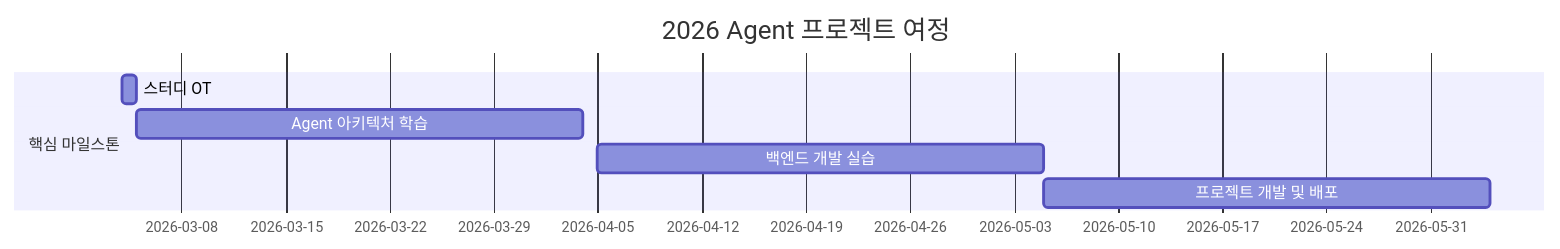
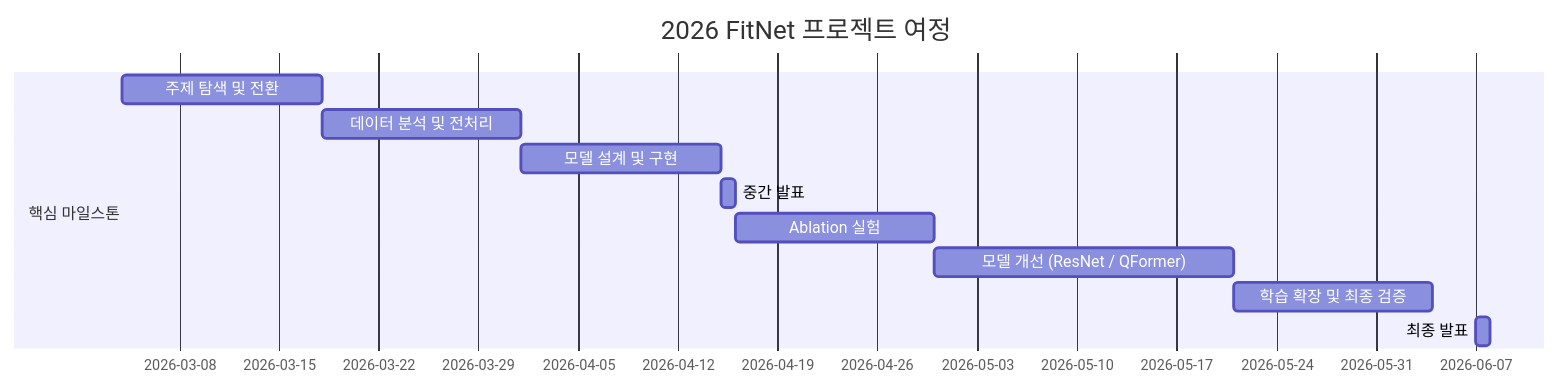
Before and after one commit to hyeonky0w0/AI-Application: the diagram in README.md, drawn with Mermaid. The commit also changed other lines of this file, not shown here.

````diff
--- a/README.md
+++ b/README.md
@@ -65,9 +70,13 @@
 ```mermaid
 gantt
-    title 2026 Agent 프로젝트 여정
+    title 2026 FitNet 프로젝트 여정
     section 핵심 마일스톤
-    스터디 OT       :2026-03-04, 1d
-    Agent 아키텍처 학습       :2026-03-05, 30d
-    백엔드 개발 실습        :2026-04-05, 30d
-    프로젝트 개발 및 배포   :2026-05-05, 30d
+    주제 탐색 및 전환          :2026-03-04, 14d
+    데이터 분석 및 전처리      :2026-03-18, 14d
+    모델 설계 및 구현          :2026-04-01, 14d
+    중간 발표                  :2026-04-15, 1d
+    Ablation 실험              :2026-04-16, 14d
+    모델 개선 (ResNet / QFormer) :2026-04-30, 21d
+    학습 확장 및 최종 검증     :2026-05-21, 14d
+    최종 발표                  :2026-06-07, 1d
 ```
````
